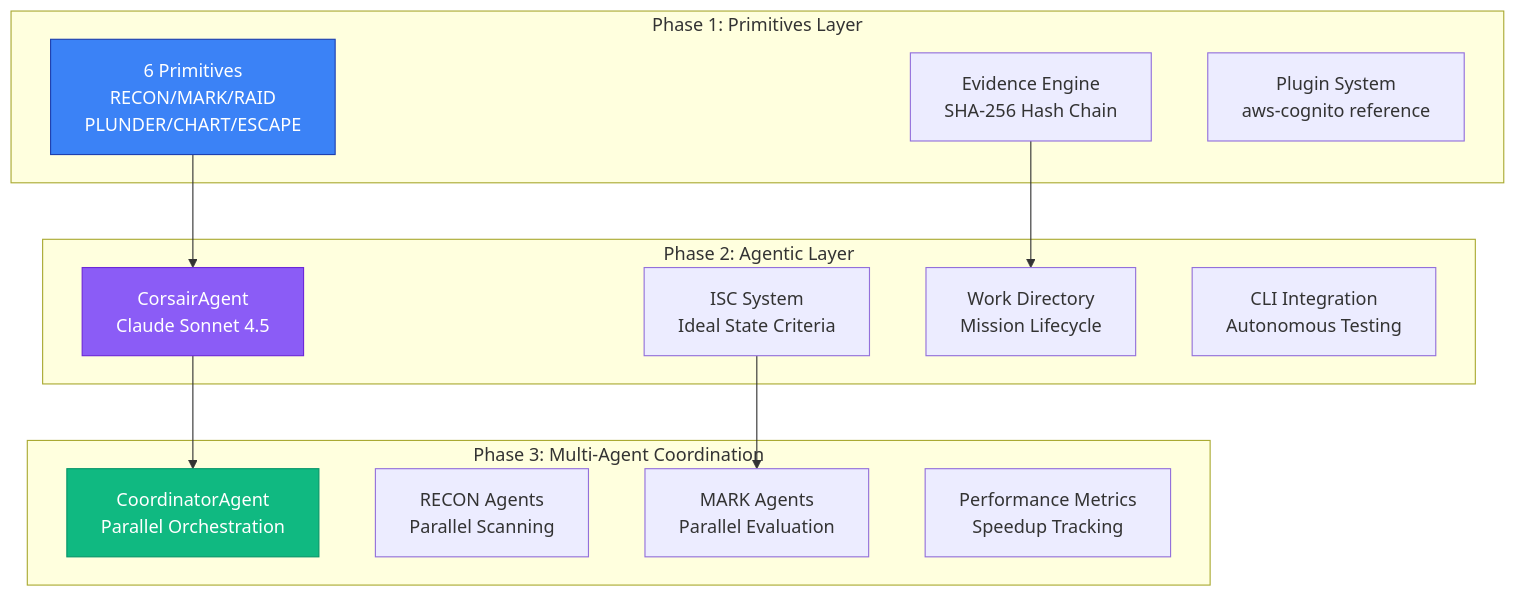
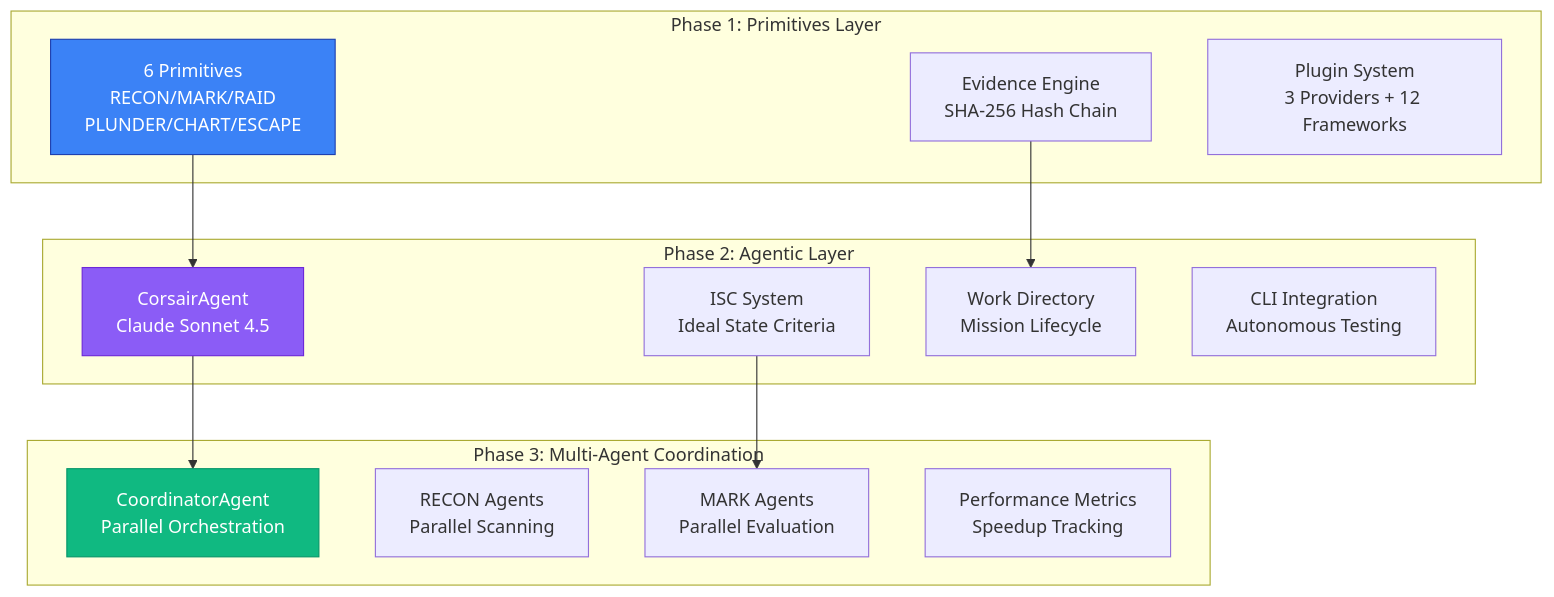
The first of 4 diagrams in README.md (grcorsair/corsair), drawn with Mermaid before and after one commit. The commit also changed other lines of this file, not shown here.

````diff
--- a/README.md
+++ b/README.md
@@ -46,31 +41,31 @@
 ```mermaid
 graph TB
     subgraph "Phase 1: Primitives Layer"
         Primitives[6 Primitives<br/>RECON/MARK/RAID<br/>PLUNDER/CHART/ESCAPE]
         Evidence[Evidence Engine<br/>SHA-256 Hash Chain]
-        Plugins[Plugin System<br/>aws-cognito reference]
+        Plugins[Plugin System<br/>3 Providers + 12 Frameworks]
     end
 
     subgraph "Phase 2: Agentic Layer"
         Agent[CorsairAgent<br/>Claude Sonnet 4.5]
         ISC[ISC System<br/>Ideal State Criteria]
         WorkDir[Work Directory<br/>Mission Lifecycle]
         CLI[CLI Integration<br/>Autonomous Testing]
     end
 
     subgraph "Phase 3: Multi-Agent Coordination"
         Coord[CoordinatorAgent<br/>Parallel Orchestration]
         ReconAgents[RECON Agents<br/>Parallel Scanning]
         MarkAgents[MARK Agents<br/>Parallel Evaluation]
         Metrics[Performance Metrics<br/>Speedup Tracking]
     end
 
     Primitives --> Agent
     Agent --> Coord
     ISC --> MarkAgents
     Evidence --> WorkDir
 
     style Primitives fill:#3b82f6,stroke:#1e40af,color:#fff
     style Agent fill:#8b5cf6,stroke:#6d28d9,color:#fff
     style Coord fill:#10b981,stroke:#059669,color:#fff
 ```
````
